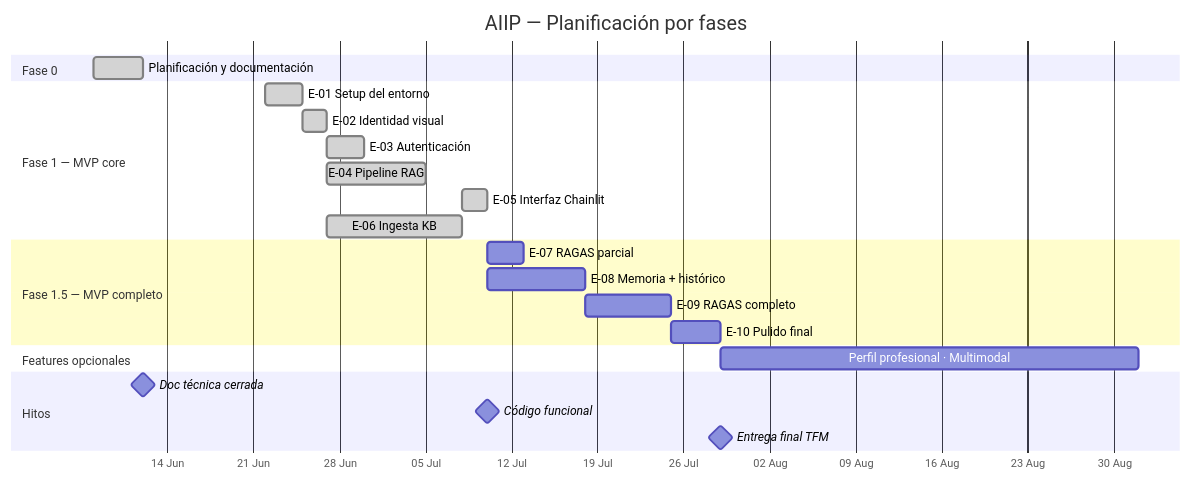
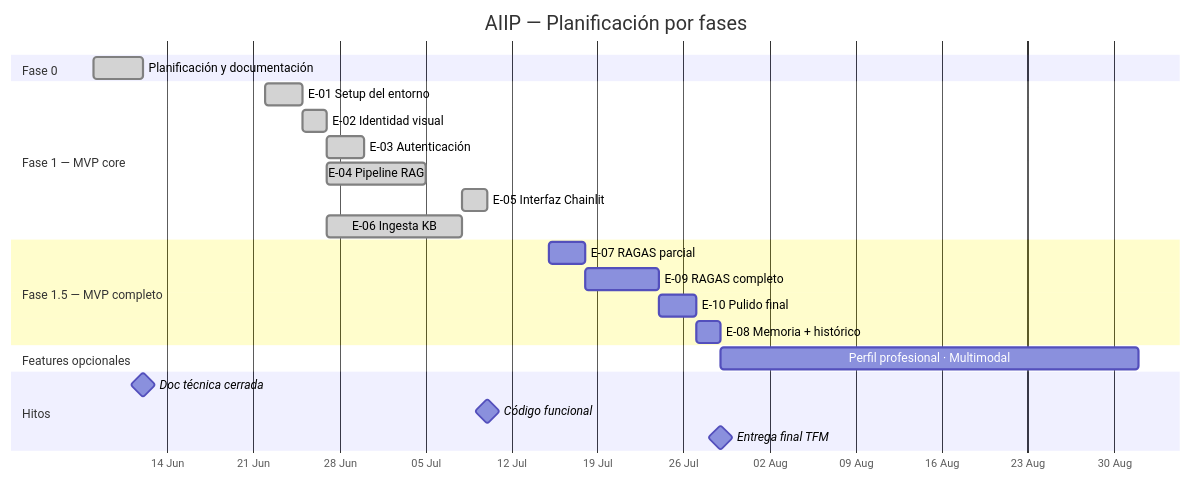
The diagram in README.md (mimpho/aiip), drawn with Mermaid before and after one commit. The commit also changed other lines of this file and 1 other file, not shown here.

Commit message:
docs(E-07): document new evaluation/ and tests/eval/ directories

````diff
--- a/README.md
+++ b/README.md
@@ -64,31 +64,31 @@
 ```mermaid
 gantt
     title AIIP — Planificación por fases
     dateFormat  YYYY-MM-DD
     axisFormat  %d %b
 
     section Fase 0
     Planificación y documentación     :done,    f0, 2026-06-08, 2026-06-12
 
     section Fase 1 — MVP core
     E-01 Setup del entorno            :done,    e01, 2026-06-22, 2026-06-25
     E-02 Identidad visual             :done,    e02, 2026-06-25, 2026-06-27
     E-03 Autenticación                :done,    e03, 2026-06-27, 2026-06-30
     E-04 Pipeline RAG                 :done,    e04, 2026-06-27, 2026-07-05
     E-05 Interfaz Chainlit            :done,    e05, 2026-07-08, 2026-07-10
     E-06 Ingesta KB                   :done,    e06, 2026-06-27, 2026-07-08
 
     section Fase 1.5 — MVP completo
-    E-07 RAGAS parcial                :         e07, 2026-07-10, 2026-07-13
-    E-08 Memoria + histórico          :         e08, 2026-07-10, 2026-07-18
-    E-09 RAGAS completo               :         e09, 2026-07-18, 2026-07-25
-    E-10 Pulido final                 :         e10, 2026-07-25, 2026-07-29
+    E-07 RAGAS parcial                :         e07, 2026-07-15, 2026-07-18
+    E-09 RAGAS completo                :         e09, 2026-07-18, 2026-07-24
+    E-10 Pulido final                 :         e10, 2026-07-24, 2026-07-27
+    E-08 Memoria + histórico          :         e08, 2026-07-27, 2026-07-29
 
     section Features opcionales
     Perfil profesional · Multimodal   :         fo, 2026-07-29, 2026-09-01
 
     section Hitos
     Doc técnica cerrada               :milestone, 2026-06-12, 0d
     Código funcional                  :milestone, 2026-07-10, 0d
     Entrega final TFM                 :milestone, 2026-07-29, 0d
 ```
````
